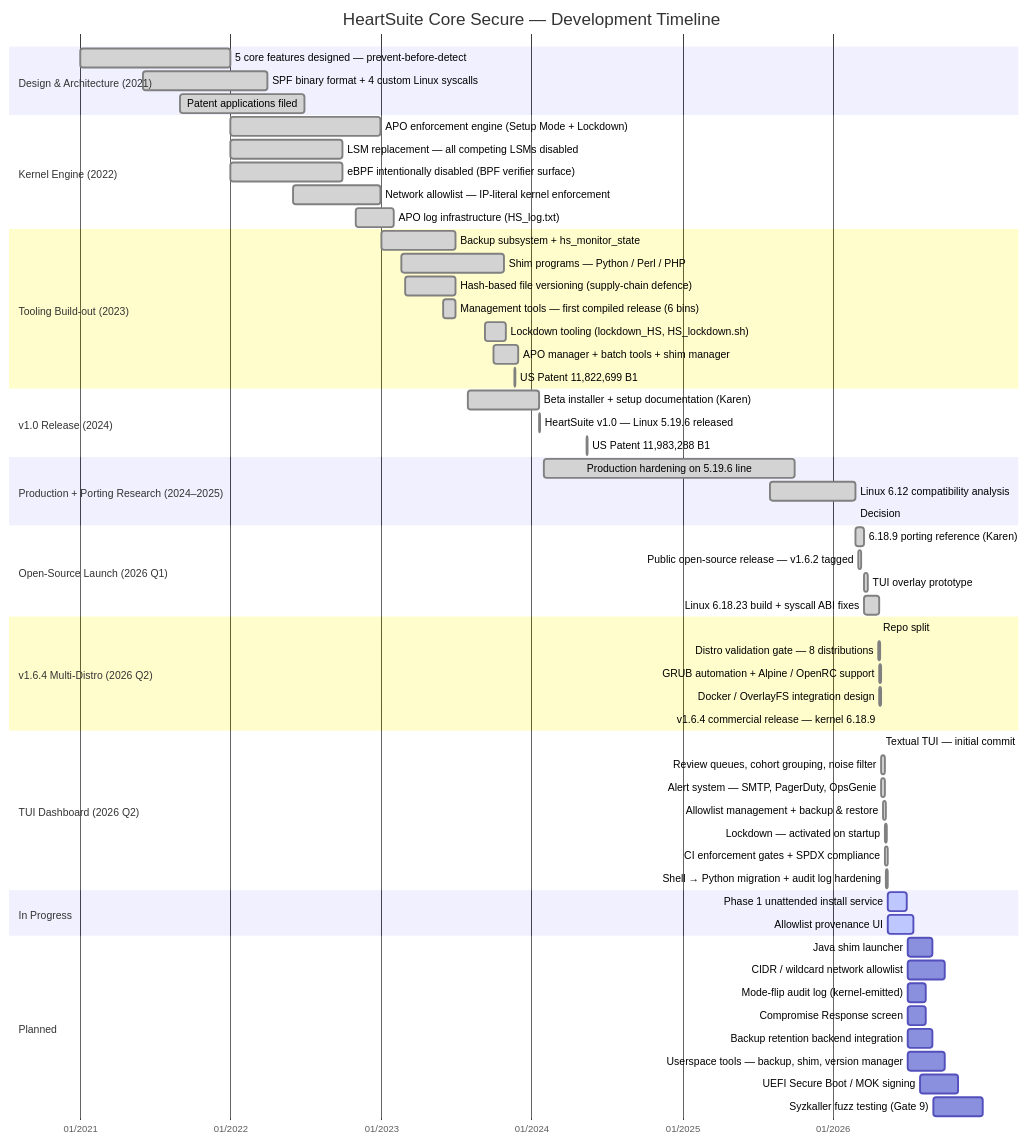
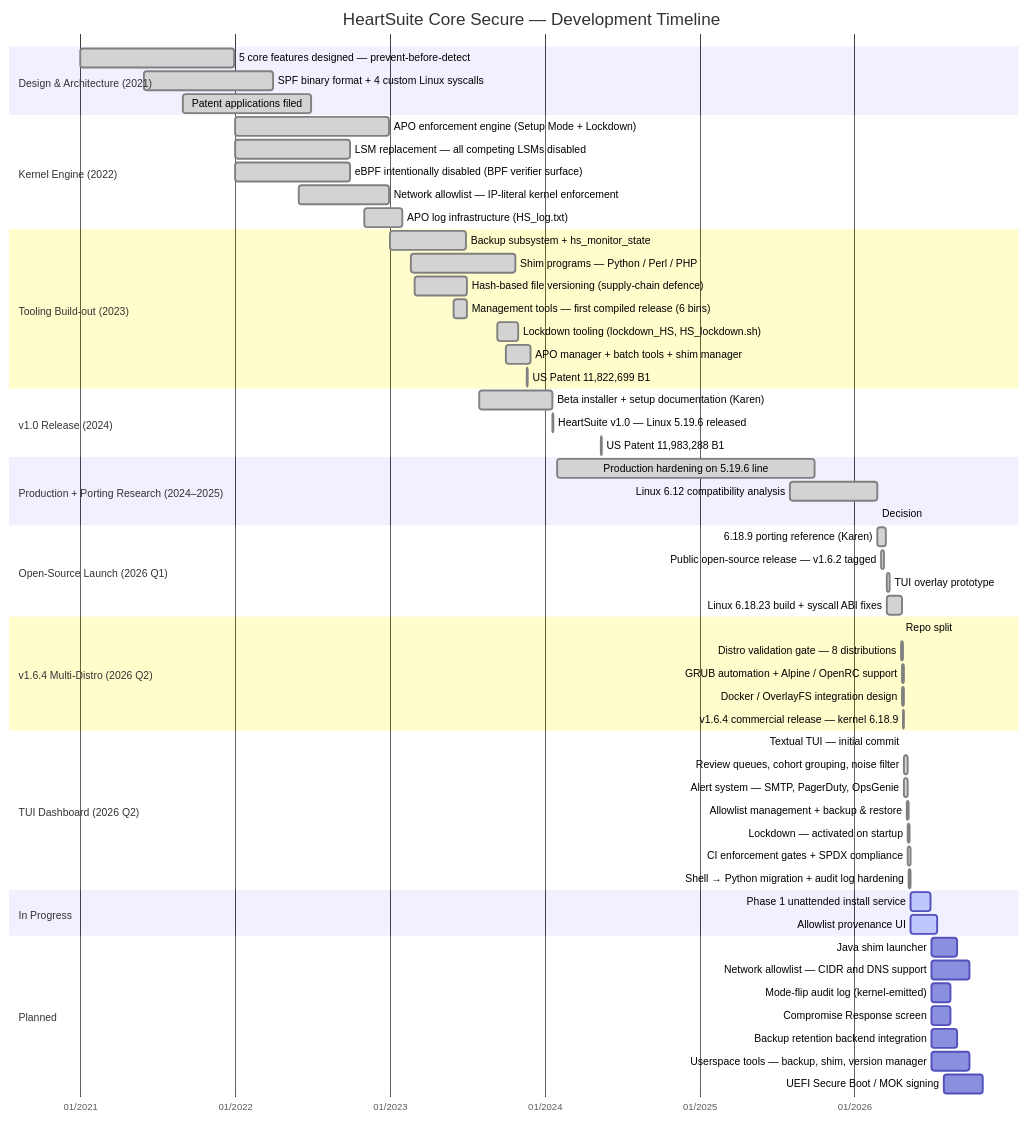
The diagram in content/en/roadmap/_index.md (HeartSecuritySuite/heartsuite-docs), drawn with Mermaid before and after one commit. The commit also changed other lines of this file, not shown here.

First line of the commit message:
docs(roadmap): expand timeline 2021–2026, strip internal engineering detail

````diff
--- a/content/en/roadmap/_index.md
+++ b/content/en/roadmap/_index.md
@@ -20,73 +20,72 @@
 ```mermaid
 gantt
     title HeartSuite Core Secure — Development Timeline
     dateFormat YYYY-MM-DD
     axisFormat %m/%Y
 
     section Design & Architecture (2021)
     5 core features designed — prevent-before-detect  :done, 2021-01-01, 2021-12-31
     SPF binary format + 4 custom Linux syscalls        :done, 2021-06-01, 2022-03-31
     Patent applications filed                          :done, 2021-09-01, 2022-06-30
 
     section Kernel Engine (2022)
-    APO enforcement engine (Setup Mode + Lockdown)      :done, 2022-01-01, 2022-12-31
+    APO enforcement engine (Setup Mode + Lockdown)     :done, 2022-01-01, 2022-12-31
     LSM replacement — all competing LSMs disabled      :done, 2022-01-01, 2022-09-30
     eBPF intentionally disabled (BPF verifier surface) :done, 2022-01-01, 2022-09-30
     Network allowlist — IP-literal kernel enforcement  :done, 2022-06-01, 2022-12-31
     APO log infrastructure (HS_log.txt)                :done, 2022-11-01, 2023-01-31
 
     section Tooling Build-out (2023)
     Backup subsystem + hs_monitor_state               :done, 2023-01-01, 2023-06-30
     Shim programs — Python / Perl / PHP               :done, 2023-02-20, 2023-10-25
     Hash-based file versioning (supply-chain defence) :done, 2023-03-01, 2023-07-01
     Management tools — first compiled release (6 bins) :done, 2023-06-01, 2023-07-01
     Lockdown tooling (lockdown_HS, HS_lockdown.sh)    :done, 2023-09-11, 2023-10-31
     APO manager + batch tools + shim manager          :done, 2023-10-01, 2023-11-30
     US Patent 11,822,699 B1                           :done, 2023-11-21, 2023-11-22
 
     section v1.0 Release (2024)
     Beta installer + setup documentation (Karen)      :done, 2023-07-31, 2024-01-20
     HeartSuite v1.0 — Linux 5.19.6 released           :done, 2024-01-20, 2024-01-21
     US Patent 11,983,288 B1                           :done, 2024-05-14, 2024-05-15
 
     section Production + Porting Research (2024–2025)
     Production hardening on 5.19.6 line               :done, 2024-02-01, 2025-09-30
     Linux 6.12 compatibility analysis                 :done, 2025-08-01, 2026-02-24
     Decision: target Linux 6.18 LTS instead           :done, 2026-02-24, 2026-02-25
 
     section Open-Source Launch (2026 Q1)
     6.18.9 porting reference (Karen)                  :done, 2026-02-25, 2026-03-17
     Public open-source release — v1.6.2 tagged        :done, 2026-03-05, 2026-03-12
     TUI overlay prototype                             :done, 2026-03-18, 2026-03-26
     Linux 6.18.23 build + syscall ABI fixes           :done, 2026-03-18, 2026-04-24
 
     section v1.6.4 Multi-Distro (2026 Q2)
     Repo split: heartsuite UI + core-secure           :done, 2026-04-21, 2026-04-22
     Distro validation gate — 8 distributions          :done, 2026-04-22, 2026-04-26
     GRUB automation + Alpine / OpenRC support         :done, 2026-04-23, 2026-04-29
     Docker / OverlayFS integration design             :done, 2026-04-24, 2026-04-28
     v1.6.4 commercial release — kernel 6.18.9         :done, 2026-04-26, 2026-04-27
 
     section TUI Dashboard (2026 Q2)
     Textual TUI — initial commit                      :done, 2026-04-28, 2026-04-29
     Review queues, cohort grouping, noise filter      :done, 2026-04-28, 2026-05-07
     Alert system — SMTP, PagerDuty, OpsGenie          :done, 2026-04-28, 2026-05-07
     Allowlist management + backup & restore           :done, 2026-05-04, 2026-05-10
-    Lockdown — activated on startup                    :done, 2026-05-07, 2026-05-12
+    Lockdown — activated on startup                   :done, 2026-05-07, 2026-05-12
     CI enforcement gates + SPDX compliance            :done, 2026-05-07, 2026-05-14
     Shell → Python migration + audit log hardening    :done, 2026-05-09, 2026-05-14
 
     section In Progress
     Phase 1 unattended install service                :active, 2026-05-14, 2026-06-30
     Allowlist provenance UI                           :active, 2026-05-14, 2026-07-15
 
     section Planned
     Java shim launcher                               :2026-07-01, 2026-08-31
-    CIDR / wildcard network allowlist                :2026-07-01, 2026-09-30
+    Network allowlist — CIDR and DNS support         :2026-07-01, 2026-09-30
     Mode-flip audit log (kernel-emitted)             :2026-07-01, 2026-08-15
     Compromise Response screen                       :2026-07-01, 2026-08-15
     Backup retention backend integration             :2026-07-01, 2026-08-31
     Userspace tools — backup, shim, version manager  :2026-07-01, 2026-09-30
     UEFI Secure Boot / MOK signing                   :2026-08-01, 2026-10-31
-    Syzkaller fuzz testing (Gate 9)                  :2026-09-01, 2026-12-31
 ```
````
